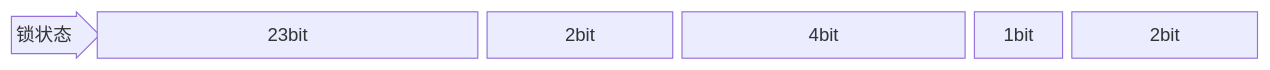
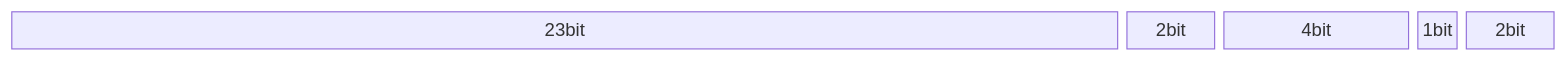
One commit to duskbat/cs-manual changed the first of 7 diagrams in docs/java/并发.md. Above: the diagram before and after it, drawn with Mermaid. The commit also changed other lines of this file and 1 other file, not shown here.

````diff
--- a/docs/java/并发.md
+++ b/docs/java/并发.md
@@ -42,5 +50,5 @@
 ```mermaid
 block-beta
-  columns 13
-  r0<["锁状态"]>(right):1 r0a["23bit"]:4 r0b["2bit"]:2 r0c["4bit"]:3 r0d["1bit"]:1 r0e["2bit"]:2
+  columns 33
+  r0a["23bit"]:23 r0b["2bit"]:2 r0c["4bit"]:4 r0d["1bit"]:1 r0e["2bit"]:2
 ```
````
